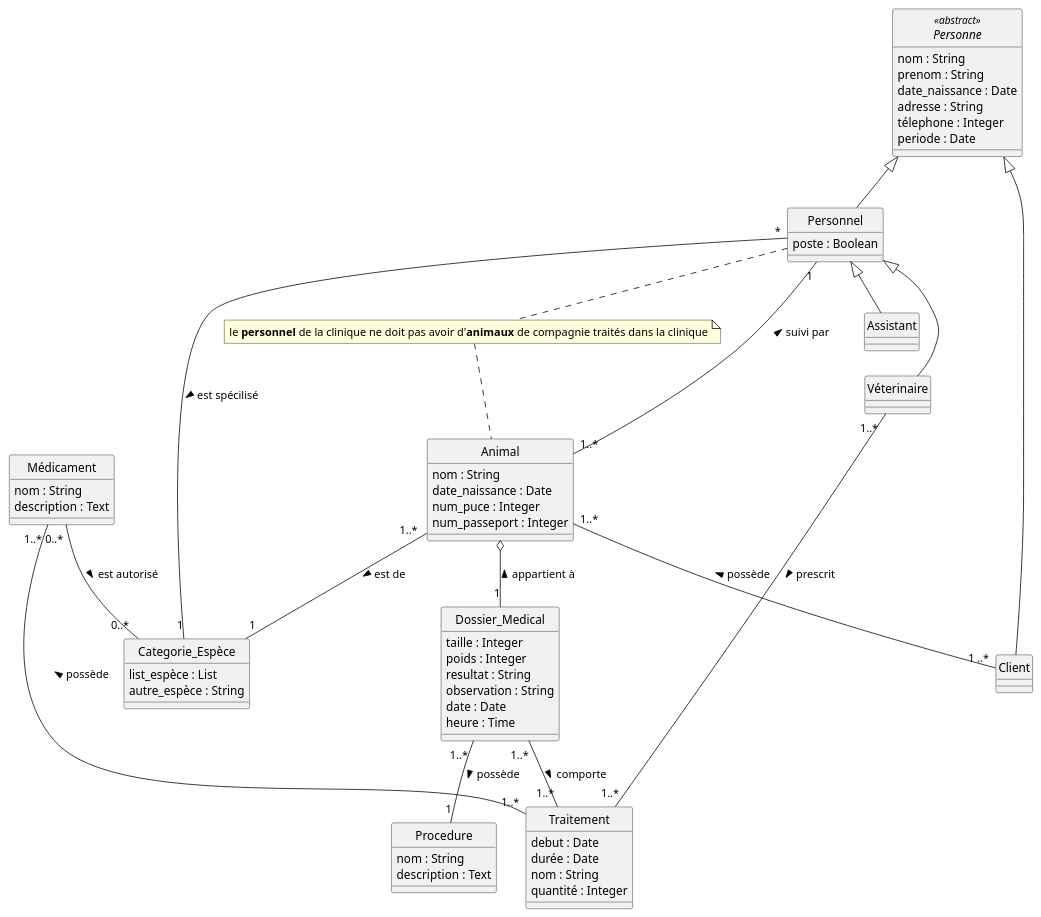
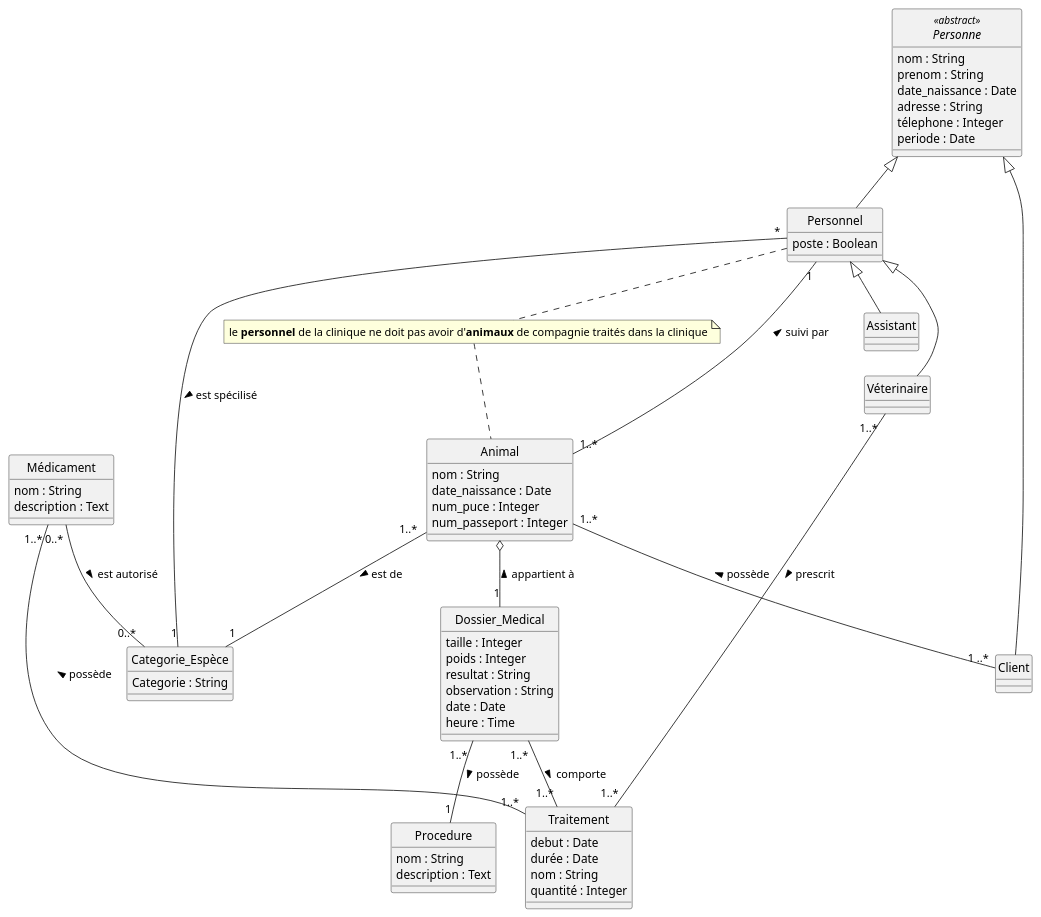
Before and after one commit to eddymonji/Clinique_Veterinaire: the diagram in veto.plantuml, drawn with PlantUML.

Commit message:
changed list-espèce from type List to Categorie of type string. Deleted autre_espèce: if an animal is of type "autre", its Categorie is "autre", "autre" is just an attribute of Categorie like "félins" or "reptiles"

```diff
--- a/veto.plantuml
+++ b/veto.plantuml
@@ -1,88 +1,87 @@
 @startuml Clinique Véterinaire
 skinparam Style strictuml
 skinparam SequenceMessageAlignment center
 
 abstract class Personne <<abstract>> {
     nom : String 
     prenom : String
     date_naissance : Date
     adresse : String
     télephone : Integer
     periode : Date 
 }
 
 class Personnel {
     poste : Boolean 
 }
 
 class Véterinaire
 
 class Assistant
 
 class Client 
 
 class Animal {
    
     nom : String
     date_naissance : Date 
     num_puce : Integer
     num_passeport : Integer
 }
 
 class Categorie_Espèce{
-    list_espèce : List
-    autre_espèce : String
+    Categorie : String
 }
 
 class Médicament {
     nom : String
     description : Text
 }
 
 class Traitement {
     debut : Date
     durée : Date 
     nom : String
     quantité : Integer
 
 }
 
 class Dossier_Medical {
     taille : Integer
     poids : Integer
     resultat : String
     observation : String
     date : Date 
     heure : Time 
 }
 
 class Procedure{
     nom : String
     description : Text 
 }
 
 Personne <|-- Personnel
 Personne <|-- Client
 
 Personnel <|-- Assistant
 Personnel <|-- Véterinaire
 Personnel "*" -- "1" Categorie_Espèce : est spécilisé >
 Personnel "1" -- "1..* " Animal : < suivi par
 
 Animal "1..* " -- "1" Categorie_Espèce : est de >
 Animal "1..* " -- "1 ..*" Client : < possède
 Animal o-- "1" Dossier_Medical : < appartient à 
 
 Dossier_Medical "1..* " -- "1..*" Traitement : comporte >
 Dossier_Medical "1..* " -- "1" Procedure : possède >
 
 Véterinaire "1..* " -- "1..*" Traitement : prescrit >
 
 Médicament "1..* " -- "1..*" Traitement : < possède
 Médicament "0..* " -- "0..*" Categorie_Espèce : est autorisé > 
 
 note "le <b>personnel</b> de la clinique ne doit pas avoir d'<b>animaux</b> de compagnie traités dans la clinique" as N1
 Personnel .. N1
 N1 .. Animal
 
 @enduml
```
